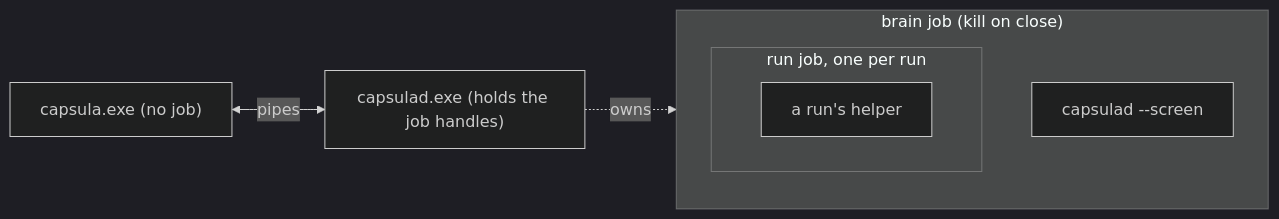
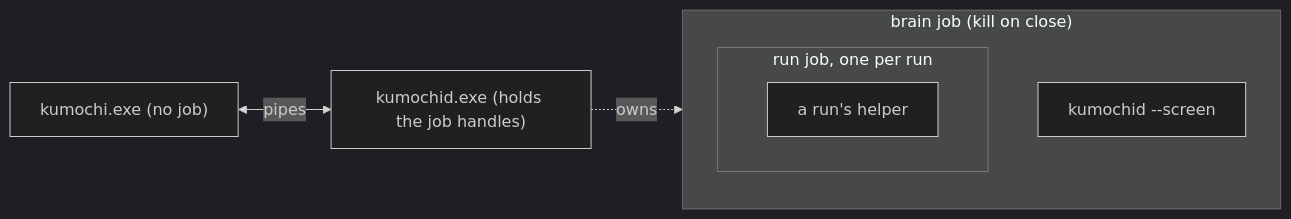
The first of 2 diagrams in docs/development/processes.md (labcoder/capsula), drawn with Mermaid (dark theme) before and after one commit. The commit also changed other lines of this file and 115 other files, not shown here.

````diff
--- a/docs/development/processes.md
+++ b/docs/development/processes.md
@@ -6,13 +6,13 @@
 ```mermaid
 flowchart LR
-  Shell["capsula.exe (no job)"]
+  Shell["kumochi.exe (no job)"]
   subgraph BrainJob["brain job (kill on close)"]
-    Screen["capsulad --screen"]
+    Screen["kumochid --screen"]
     subgraph RunJob["run job, one per run"]
       Child["a run's helper"]
     end
   end
-  Brain["capsulad.exe (holds the job handles)"]
+  Brain["kumochid.exe (holds the job handles)"]
   Shell <-->|pipes| Brain
   Brain -.->|owns| BrainJob
 ```
````
